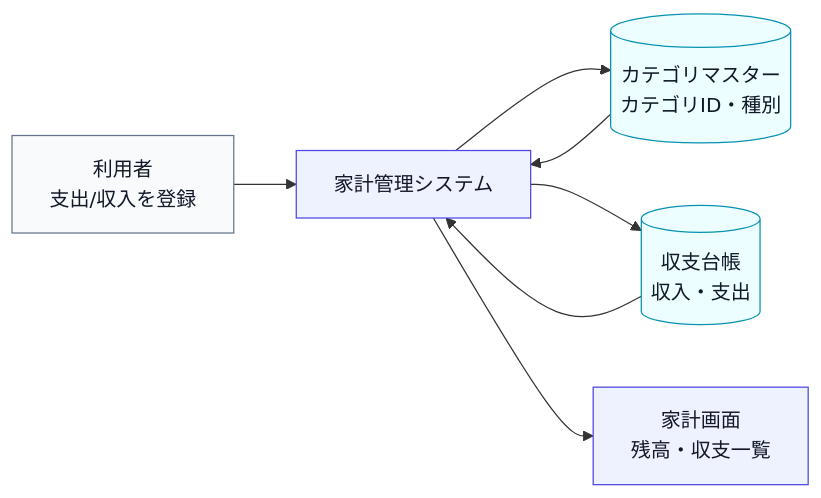
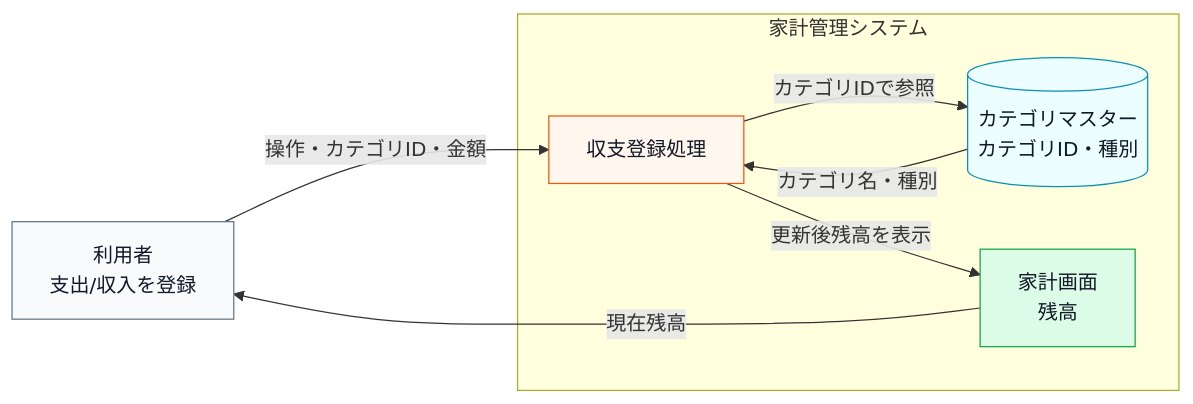
Before and after one commit to kumachan1101-pixel/DesignPattern: the first of 15 diagrams in kindle/design-patterns/output/chapter05.md, drawn with Mermaid. The commit also changed other lines of this file and 13 other files, not shown here.

````diff
--- a/kindle/design-patterns/output/chapter05.md
+++ b/kindle/design-patterns/output/chapter05.md
@@ -52,16 +54,24 @@
 ```mermaid
 flowchart LR
-    U["利用者<br>支出/収入を登録"] --> B["家計管理システム"]
-    B --> C[("カテゴリマスター<br>カテゴリID・種別")]
-    C --> B
-    B --> L[("収支台帳<br>収入・支出")]
-    L --> B
-    B --> R["家計画面<br>残高・収支一覧"]
+    U["利用者<br>支出/収入を登録"] -->|"操作・カテゴリID・金額"| B
+
+    subgraph BUDGET["家計管理システム"]
+        B["収支登録処理"]
+        C[("カテゴリマスター<br>カテゴリID・種別")]
+        R["家計画面<br>残高"]
+        B -->|"カテゴリIDで参照"| C
+        C -->|"カテゴリ名・種別"| B
+        B -->|"更新後残高を表示"| R
+    end
+
+    R -->|"現在残高"| U
 
     classDef actor fill:#f8fafc,stroke:#64748b,color:#111827;
     classDef data fill:#ecfeff,stroke:#0891b2,color:#111827;
-    classDef boundary fill:#eef2ff,stroke:#4f46e5,color:#111827;
+    classDef process fill:#fff7ed,stroke:#ea580c,color:#111827;
+    classDef result fill:#dcfce7,stroke:#16a34a,color:#111827;
     class U actor;
-    class C,L data;
-    class B,R boundary;
+    class C data;
+    class B process;
+    class R result;
 ```
````
